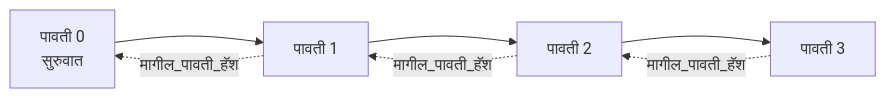
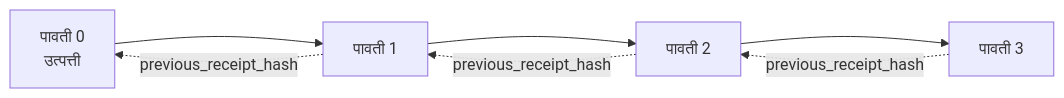
The second of 2 diagrams in mirrors/repos/microsoft@ai-agents-for-beginners/translations/mr/18-securing-ai-agents/README.md (gabrielmoreira/agent-skills-mirror), drawn with Mermaid before and after one commit. The commit also changed other lines of this file and 2285 other files, not shown here.

````diff
--- a/mirrors/repos/microsoft@ai-agents-for-beginners/translations/mr/18-securing-ai-agents/README.md
+++ b/mirrors/repos/microsoft@ai-agents-for-beginners/translations/mr/18-securing-ai-agents/README.md
@@ -206,9 +206,9 @@
 ```mermaid
 flowchart LR
-    R0[पावती 0<br/>सुरुवात] --> R1[पावती 1]
+    R0[पावती 0<br/>उत्पत्ती] --> R1[पावती 1]
     R1 --> R2[पावती 2]
     R2 --> R3[पावती 3]
-    R1 -. मागील_पावती_हॅश .-> R0
-    R2 -. मागील_पावती_हॅश .-> R1
-    R3 -. मागील_पावती_हॅश .-> R2
+    R1 -. previous_receipt_hash .-> R0
+    R2 -. previous_receipt_hash .-> R1
+    R3 -. previous_receipt_hash .-> R2
 ```
````
